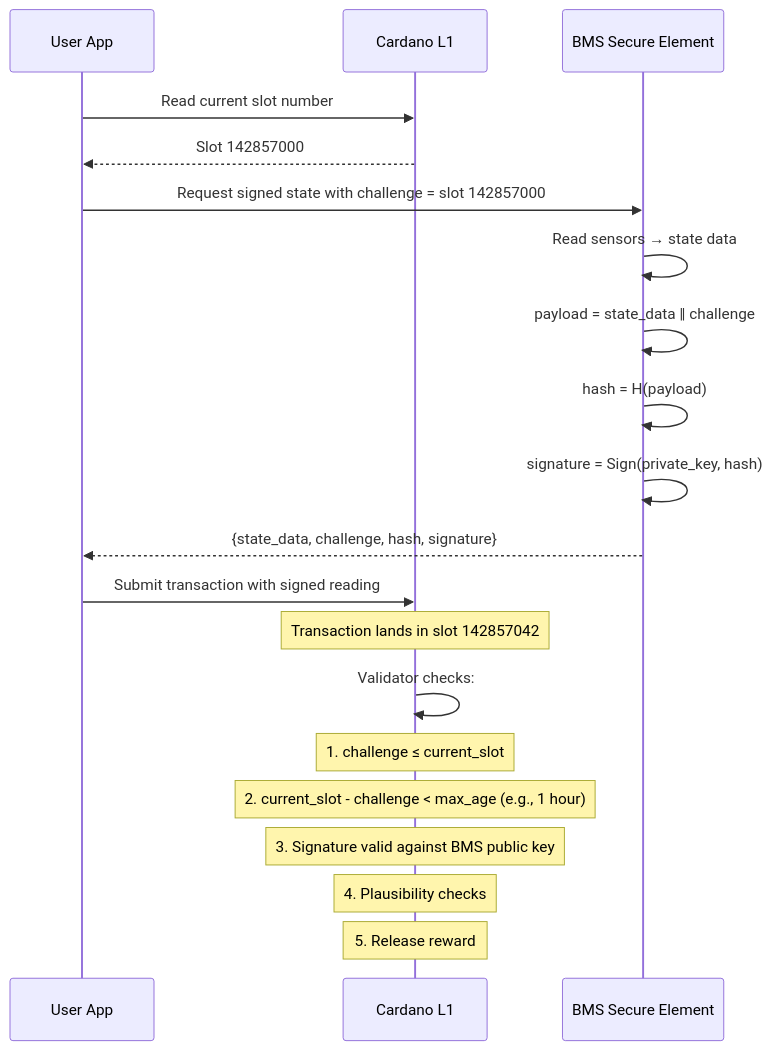
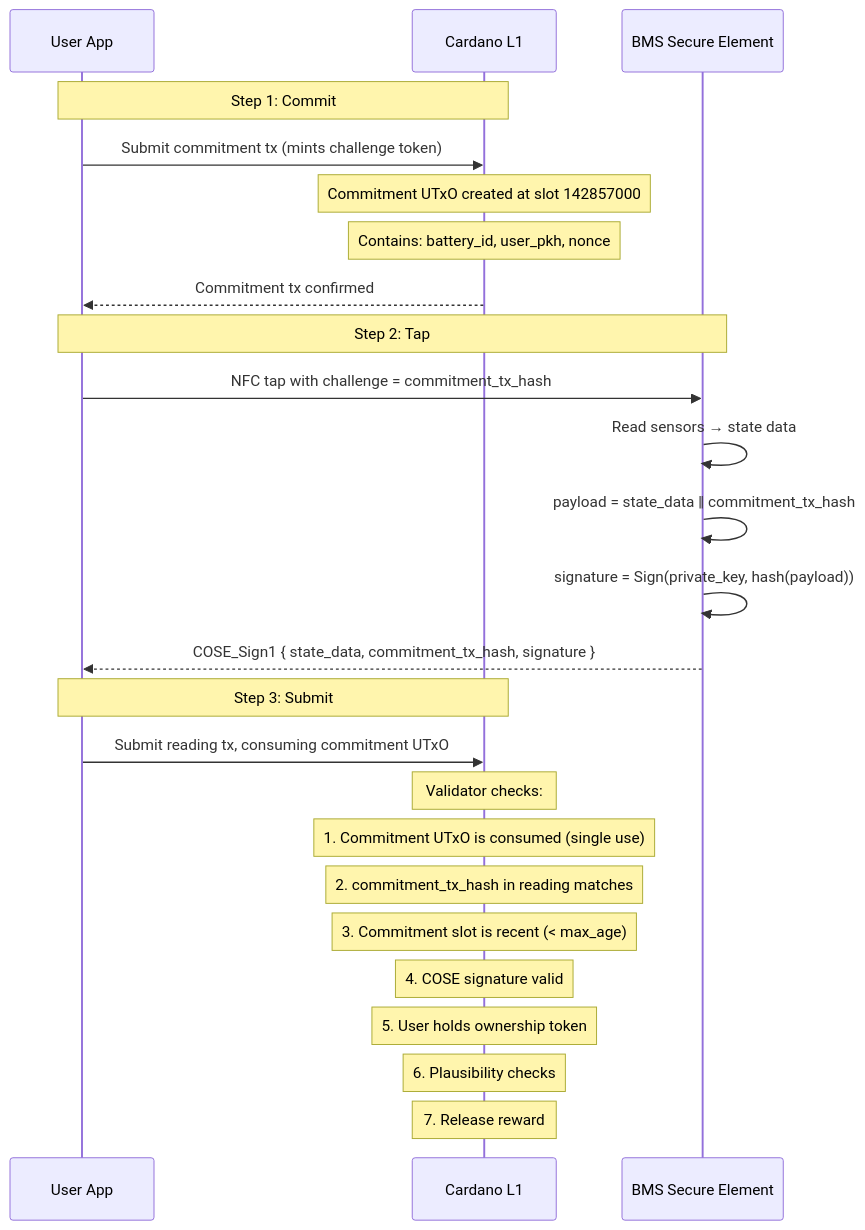
The third of 3 diagrams in docs/cardano/signed-bms.md (lambdasistemi/eu-digital-product-passport), drawn with Mermaid before and after one commit. The commit also changed other lines of this file and 1 other file, not shown here.

Commit message:
feat: on-chain commitment before NFC tap — prevents replay and stockpiling (#5)

````diff
--- a/docs/cardano/signed-bms.md
+++ b/docs/cardano/signed-bms.md
@@ -149,26 +156,30 @@
 ```mermaid
 sequenceDiagram
     participant U as User App
     participant C as Cardano L1
     participant B as BMS Secure Element
 
-    U->>C: Read current slot number
-    C-->>U: Slot 142857000
+    Note over U,C: Step 1: Commit
+    U->>C: Submit commitment tx (mints challenge token)
+    Note over C: Commitment UTxO created at slot 142857000
+    Note over C: Contains: battery_id, user_pkh, nonce
+    C-->>U: Commitment tx confirmed
 
-    U->>B: Request signed state with challenge = slot 142857000
+    Note over U,B: Step 2: Tap
+    U->>B: NFC tap with challenge = commitment_tx_hash
     B->>B: Read sensors → state data
-    B->>B: payload = state_data ‖ challenge
-    B->>B: hash = H(payload)
-    B->>B: signature = Sign(private_key, hash)
-    B-->>U: {state_data, challenge, hash, signature}
+    B->>B: payload = state_data ‖ commitment_tx_hash
+    B->>B: signature = Sign(private_key, hash(payload))
+    B-->>U: COSE_Sign1 { state_data, commitment_tx_hash, signature }
 
-    U->>C: Submit transaction with signed reading
-    Note over C: Transaction lands in slot 142857042
-
-    C->>C: Validator checks:
-    Note over C: 1. challenge ≤ current_slot
-    Note over C: 2. current_slot - challenge < max_age (e.g., 1 hour)
-    Note over C: 3. Signature valid against BMS public key
-    Note over C: 4. Plausibility checks
-    Note over C: 5. Release reward
+    Note over U,C: Step 3: Submit
+    U->>C: Submit reading tx, consuming commitment UTxO
+    Note over C: Validator checks:
+    Note over C: 1. Commitment UTxO is consumed (single use)
+    Note over C: 2. commitment_tx_hash in reading matches
+    Note over C: 3. Commitment slot is recent (< max_age)
+    Note over C: 4. COSE signature valid
+    Note over C: 5. User holds ownership token
+    Note over C: 6. Plausibility checks
+    Note over C: 7. Release reward
 ```
````
